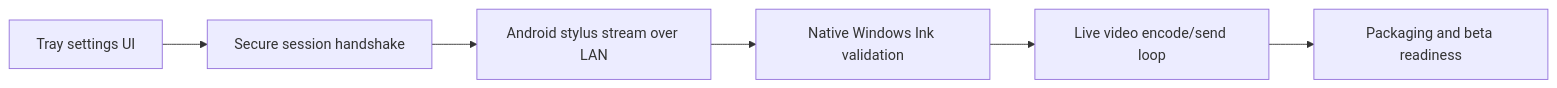
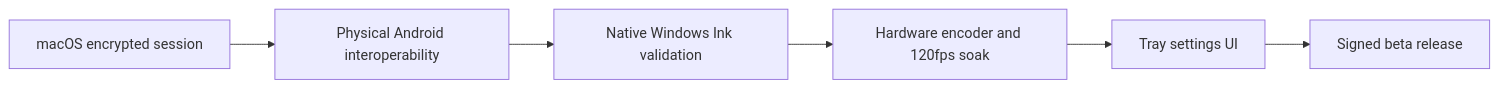
One commit to lingmulongtai/GlyphRay changed the fifth of 5 diagrams in README.md. Above: the diagram before and after it, drawn with Mermaid. The commit also changed other lines of this file and 68 other files, not shown here.

First line of the commit message:
feat: Implement Media Foundation H.264 encoder for Windows

````diff
--- a/README.md
+++ b/README.md
@@ -306,8 +313,8 @@
 ```mermaid
 flowchart LR
-  A["Tray settings UI"] --> B["Secure session handshake"]
-  B --> C["Android stylus stream over LAN"]
-  C --> D["Native Windows Ink validation"]
-  D --> E["Live video encode/send loop"]
-  E --> F["Packaging and beta readiness"]
+  A["macOS encrypted session"] --> B["Physical Android interoperability"]
+  B --> C["Native Windows Ink validation"]
+  C --> D["Hardware encoder and 120fps soak"]
+  D --> E["Tray settings UI"]
+  E --> F["Signed beta release"]
 ```
````
